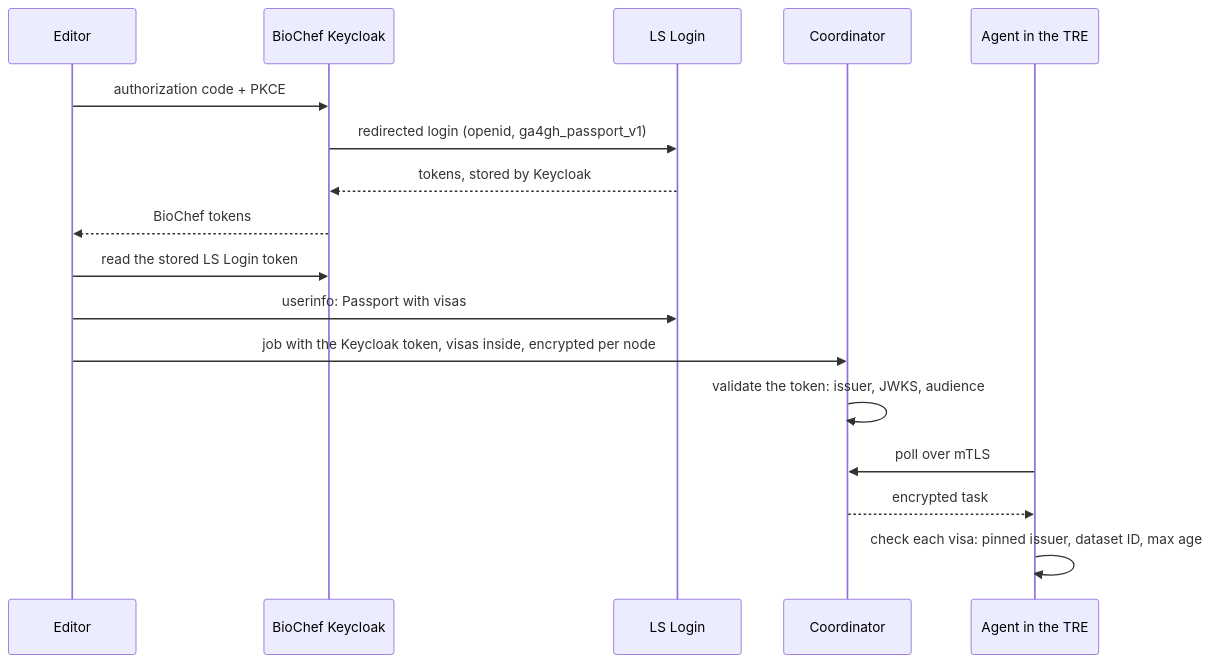
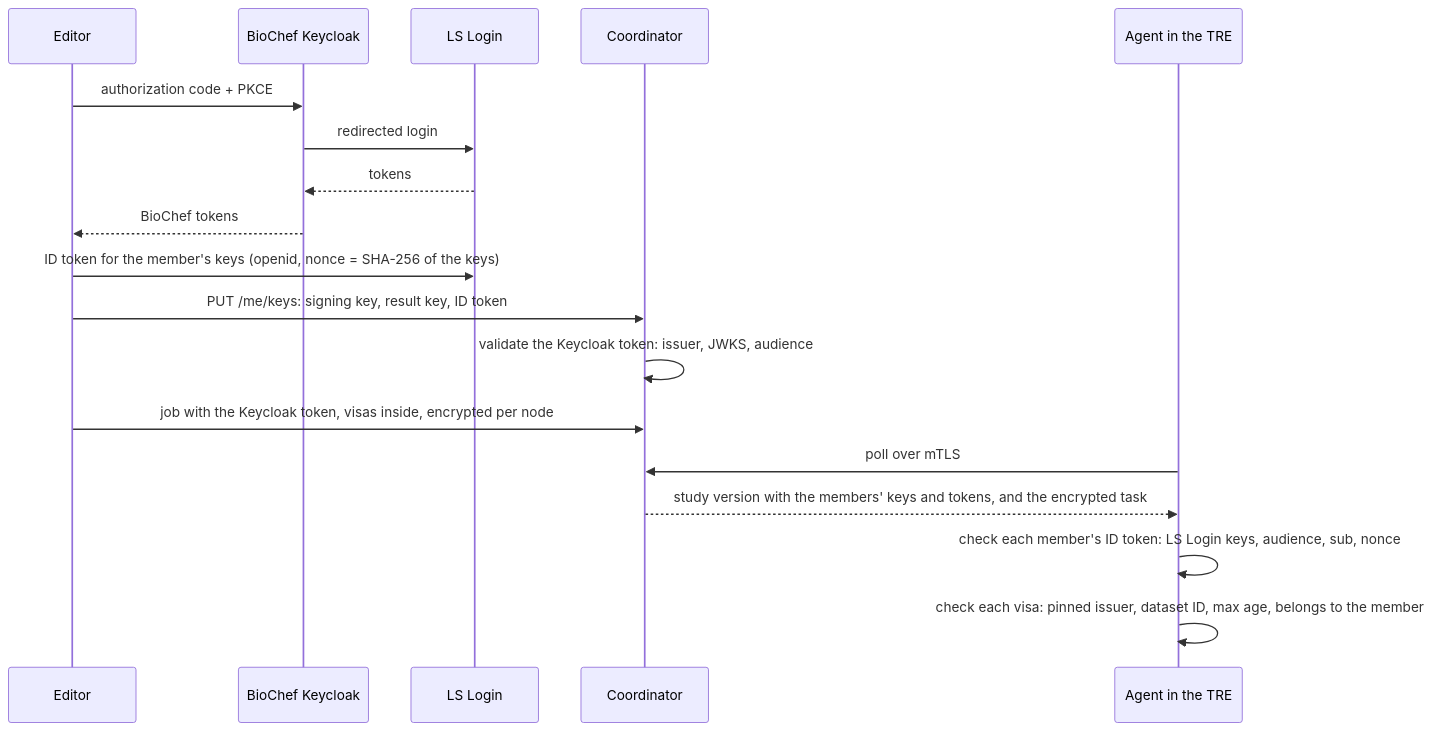
The diagram in docs/identity.md (ieeta-pt/biochef-infra), drawn with Mermaid before and after one commit. The commit also changed other lines of this file and 13 other files, not shown here.

````diff
--- a/docs/identity.md
+++ b/docs/identity.md
@@ -26,19 +43,20 @@
 ```mermaid
 sequenceDiagram
   participant E as Editor
   participant K as BioChef Keycloak
   participant L as LS Login
   participant C as Coordinator
   participant A as Agent in the TRE
   E->>K: authorization code + PKCE
-  K->>L: redirected login (openid, ga4gh_passport_v1)
-  L-->>K: tokens, stored by Keycloak
+  K->>L: redirected login
+  L-->>K: tokens
   K-->>E: BioChef tokens
-  E->>K: read the stored LS Login token
-  E->>L: userinfo: Passport with visas
+  E->>L: ID token for the member's keys (openid, nonce = SHA-256 of the keys)
+  E->>C: PUT /me/keys: signing key, result key, ID token
+  C->>C: validate the Keycloak token: issuer, JWKS, audience
   E->>C: job with the Keycloak token, visas inside, encrypted per node
-  C->>C: validate the token: issuer, JWKS, audience
   A->>C: poll over mTLS
-  C-->>A: encrypted task
-  A->>A: check each visa: pinned issuer, dataset ID, max age
+  C-->>A: study version with the members' keys and tokens, and the encrypted task
+  A->>A: check each member's ID token: LS Login keys, audience, sub, nonce
+  A->>A: check each visa: pinned issuer, dataset ID, max age, belongs to the member
 ```
````
